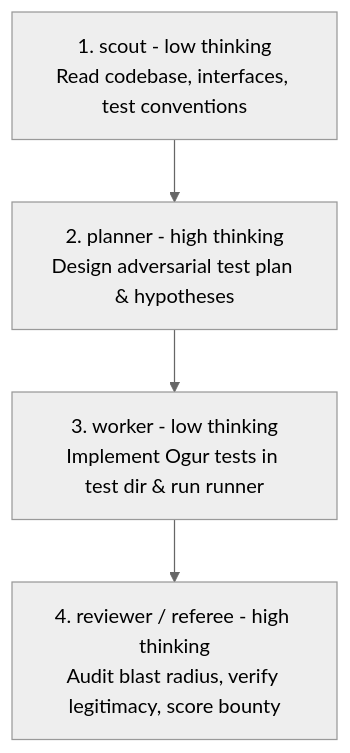
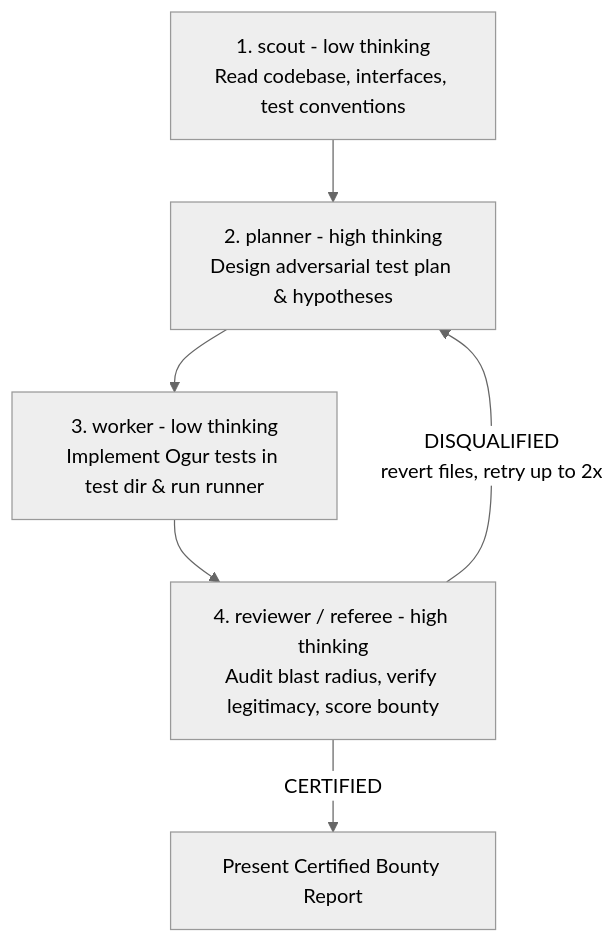
One commit to AtesIsf/agent-skills changed the diagram in garv/SKILL.md. Above: the diagram before and after it, drawn with Mermaid (neutral theme). The commit also changed other lines of this file and 1 other file, not shown here.

Commit message:
feat(garv): add automated disqualification retry loop with corrective feedback

````diff
--- a/garv/SKILL.md
+++ b/garv/SKILL.md
@@ -30,6 +30,8 @@
 ```mermaid
 flowchart TD
     S1[1. scout - low thinking<br/>Read codebase, interfaces, test conventions] --> S2[2. planner - high thinking<br/>Design adversarial test plan & hypotheses]
     S2 --> S3[3. worker - low thinking<br/>Implement Ogur tests in test dir & run runner]
     S3 --> S4[4. reviewer / referee - high thinking<br/>Audit blast radius, verify legitimacy, score bounty]
+    S4 -->|DISQUALIFIED<br/>revert files, retry up to 2x| S2
+    S4 -->|CERTIFIED| S5[Present Certified Bounty Report]
 ```
````
